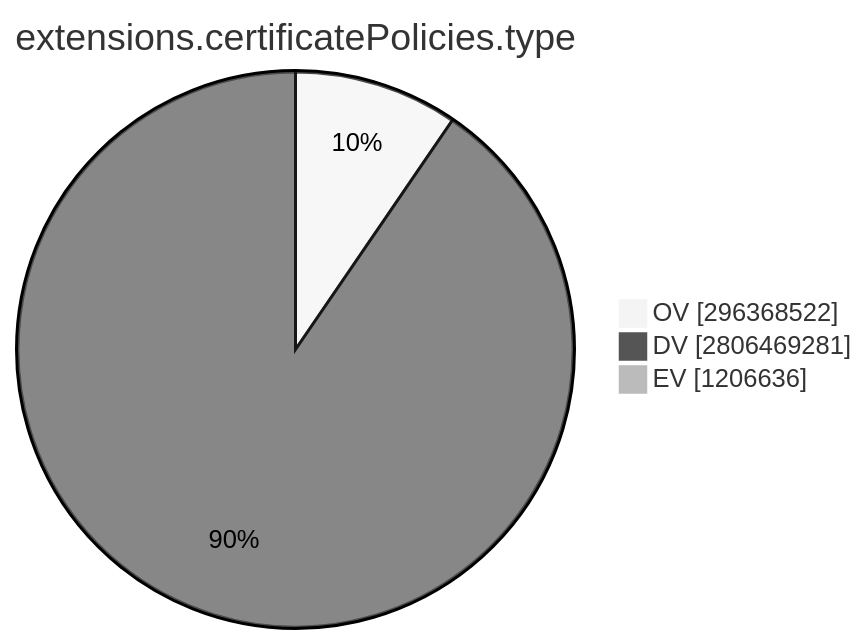
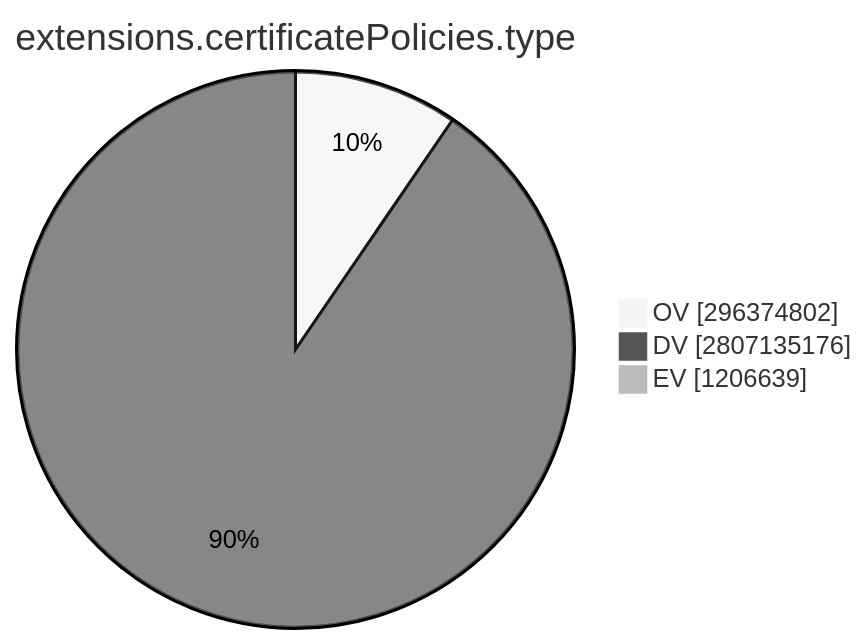
The ninth of 15 diagrams in TOTAL/README.md (christiankrug/ctmonitor_visualization), drawn with Mermaid (neutral theme) before and after one commit. The commit also changed other lines of this file, not shown here.

````diff
--- a/TOTAL/README.md
+++ b/TOTAL/README.md
@@ -3099,7 +3099,7 @@
 ```mermaid
 pie showData
 title extensions.certificatePolicies.type
-"OV" :296368522
-"DV" :2806469281
-"EV" :1206636
+"OV" :296374802
+"DV" :2807135176
+"EV" :1206639
 ```
````
